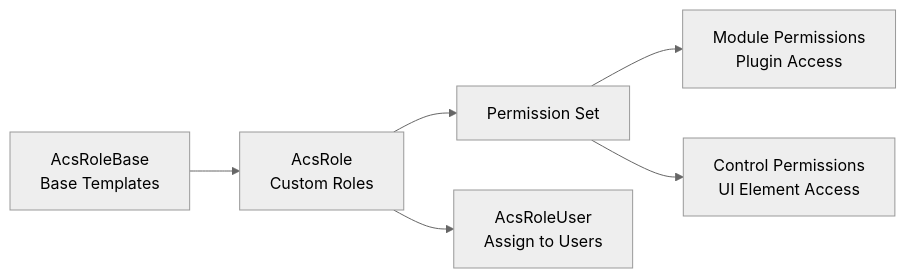
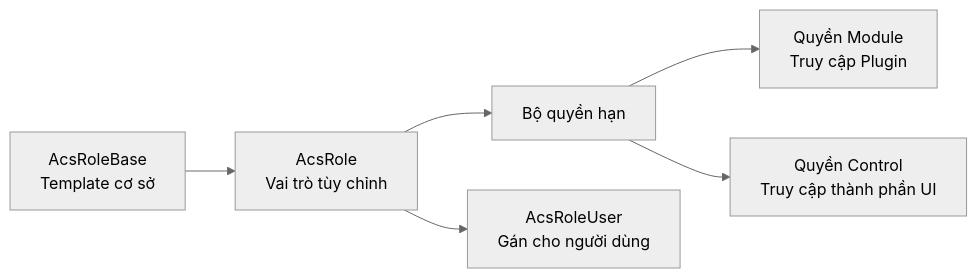
Before and after one commit to thangpnb/HIS: the third of 16 diagrams in docs/his-ba-documentation/03-business-domains/administration/access-control.md, drawn with Mermaid (neutral theme). The commit also changed other lines of this file and 30 other files, not shown here.

Commit message:
Refactor architecture docs and update translations

````diff
--- a/docs/his-ba-documentation/03-business-domains/administration/access-control.md
+++ b/docs/his-ba-documentation/03-business-domains/administration/access-control.md
@@ -163,10 +163,10 @@
 ```mermaid
 graph LR
-    AcsRoleBase["AcsRoleBase<br/>Base Templates"] --> AcsRole["AcsRole<br/>Custom Roles"]
-    AcsRole --> Permissions["Permission Set"]
+    AcsRoleBase["AcsRoleBase<br/>Template cơ sở"] --> AcsRole["AcsRole<br/>Vai trò tùy chỉnh"]
+    AcsRole --> Permissions["Bộ quyền hạn"]
     
-    Permissions --> ModulePerm["Module Permissions<br/>Plugin Access"]
-    Permissions --> ControlPerm["Control Permissions<br/>UI Element Access"]
+    Permissions --> ModulePerm["Quyền Module<br/>Truy cập Plugin"]
+    Permissions --> ControlPerm["Quyền Control<br/>Truy cập thành phần UI"]
     
-    AcsRole --> AcsRoleUser["AcsRoleUser<br/>Assign to Users"]
+    AcsRole --> AcsRoleUser["AcsRoleUser<br/>Gán cho người dùng"]
 ```
````
